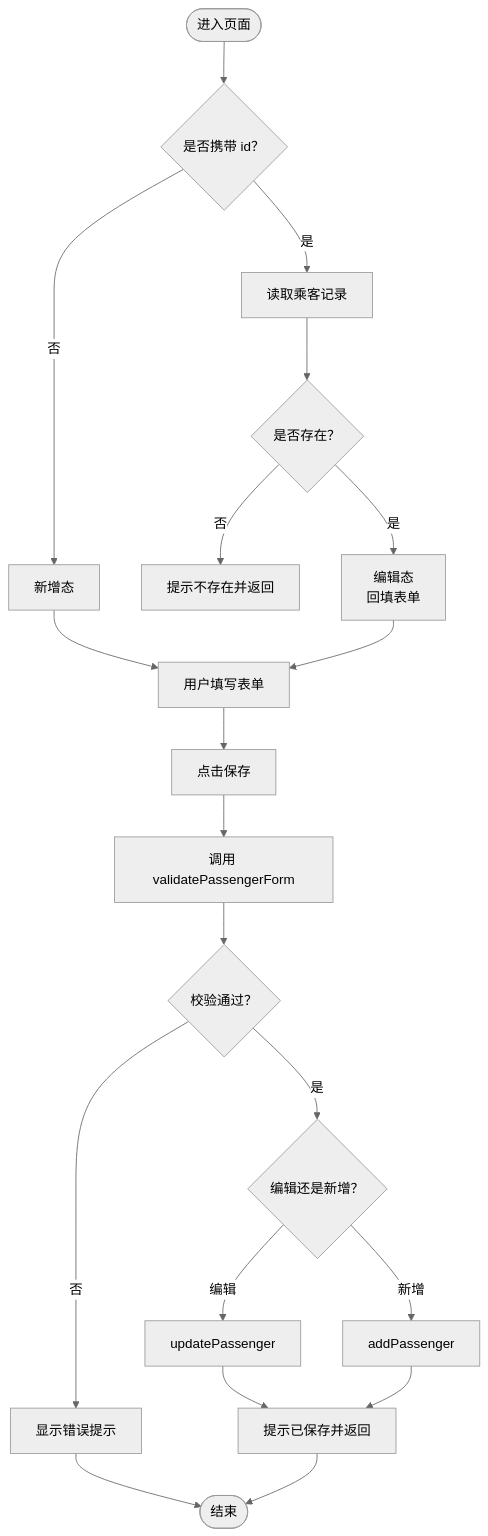
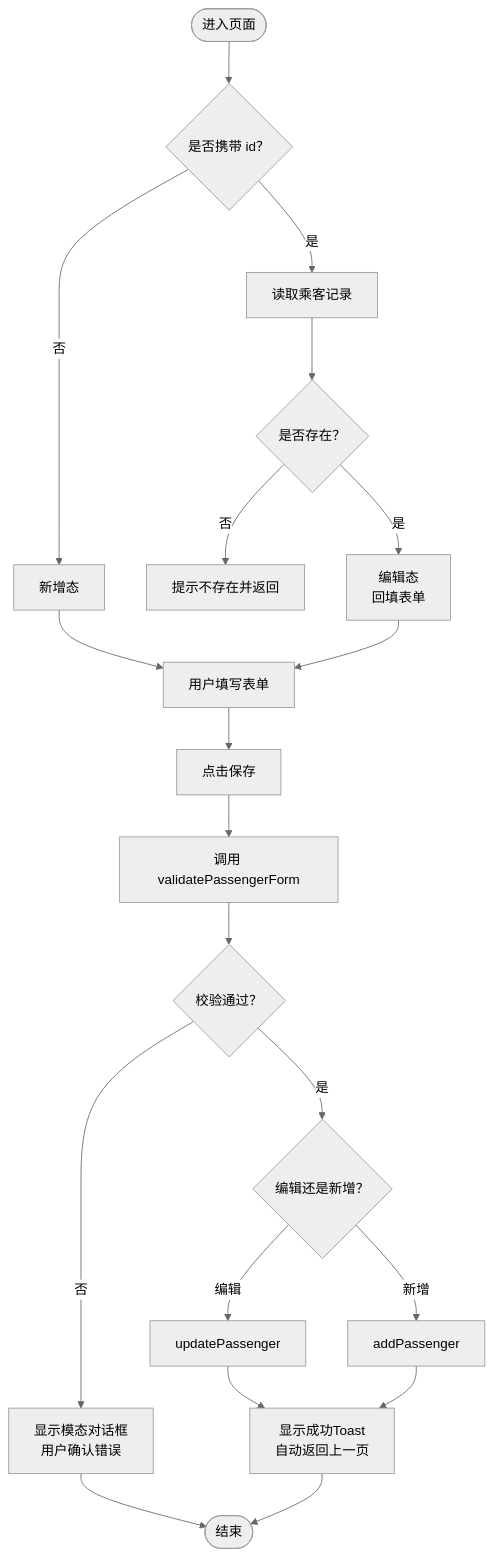
One commit to Ichi-Hackton/WAIC-WeChat-MiniProgram changed the third of 6 diagrams in .qoder/repowiki/zh/content/用户界面/乘客信息管理.md. Above: the diagram before and after it, drawn with Mermaid (neutral theme). The commit also changed other lines of this file and 28 other files, not shown here.

````diff
--- a/.qoder/repowiki/zh/content/用户界面/乘客信息管理.md
+++ b/.qoder/repowiki/zh/content/用户界面/乘客信息管理.md
@@ -134,22 +123,22 @@
 ```mermaid
 flowchart TD
 Start(["进入页面"]) --> CheckId{"是否携带 id？"}
 CheckId --> |否| NewMode["新增态"]
 CheckId --> |是| LoadEntry["读取乘客记录"]
 LoadEntry --> Found{"是否存在？"}
 Found --> |否| ShowErr["提示不存在并返回"]
 Found --> |是| EditMode["编辑态<br/>回填表单"]
 NewMode --> Input["用户填写表单"]
 EditMode --> Input
 Input --> Save["点击保存"]
 Save --> Validate["调用 validatePassengerForm"]
 Validate --> Valid{"校验通过？"}
-Valid --> |否| ShowToast["显示错误提示"]
+Valid --> |否| ShowModal["显示模态对话框<br/>用户确认错误"]
 Valid --> |是| Branch{"编辑还是新增？"}
 Branch --> |编辑| Update["updatePassenger"]
 Branch --> |新增| Add["addPassenger"]
-Update --> Done["提示已保存并返回"]
-Add --> Done
-ShowToast --> End(["结束"])
-Done --> End
+Update --> Success["显示成功Toast<br/>自动返回上一页"]
+Add --> Success
+ShowModal --> End(["结束"])
+Success --> End
 ```
````
